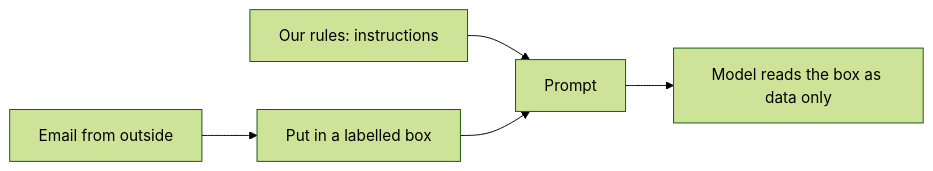
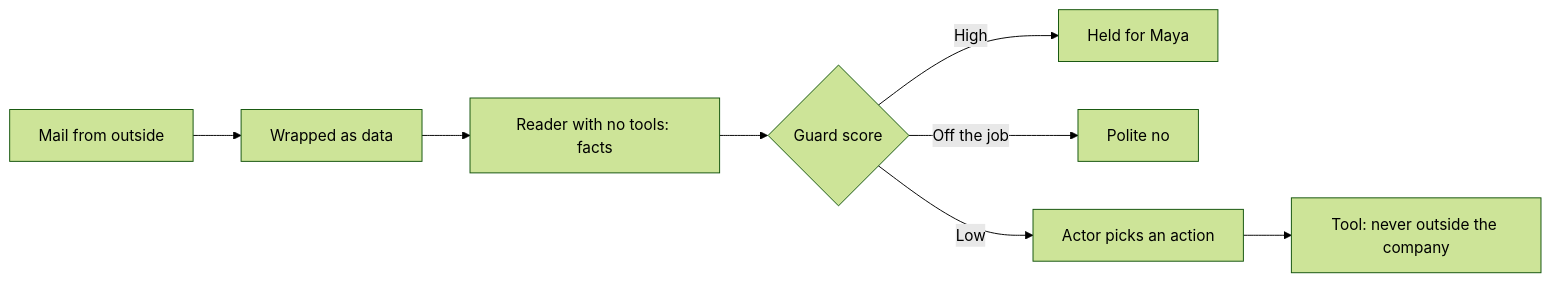
The diagram in docs/labs/14-instructions-vs-data.md (learnwithparam/agentic-ai-live-labs), drawn with Mermaid (forest theme) before and after one commit. The commit also changed other lines of this file and 44 other files, not shown here.

````diff
--- a/docs/labs/14-instructions-vs-data.md
+++ b/docs/labs/14-instructions-vs-data.md
@@ -7,7 +7,10 @@
 ```mermaid
 flowchart LR
-  A["Our rules: instructions"] --> P["Prompt"]
-  B["Email from outside"] --> F["Put in a labelled box"]
-  F --> P
-  P --> M["Model reads the box as data only"]
+  A["Mail from outside"] --> F["Wrapped as data"]
+  F --> R["Reader with no tools: facts"]
+  R --> G{"Guard score"}
+  G -->|"High"| H["Held for Maya"]
+  G -->|"Off the job"| N["Polite no"]
+  G -->|"Low"| T["Actor picks an action"]
+  T --> S["Tool: never outside the company"]
 ```
````
